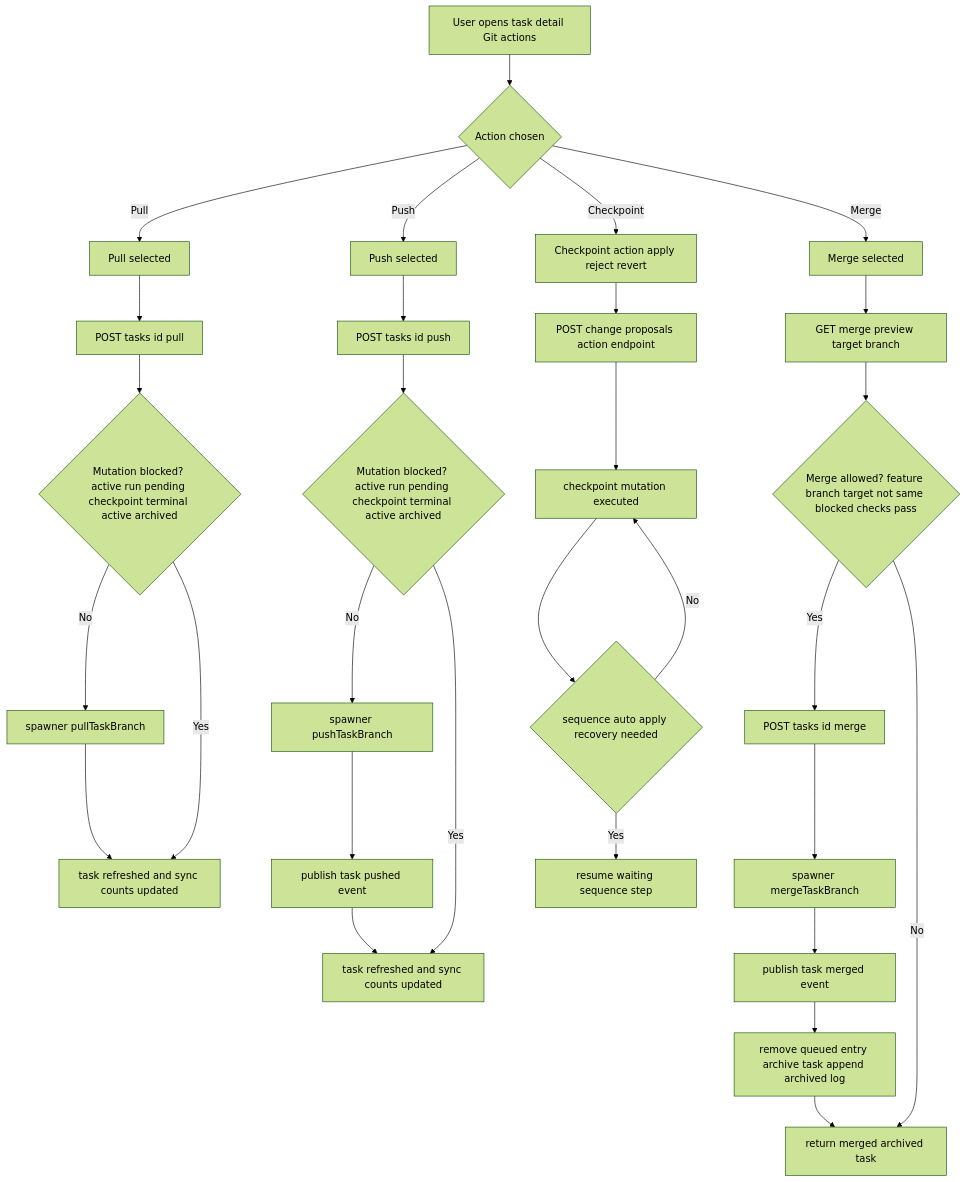
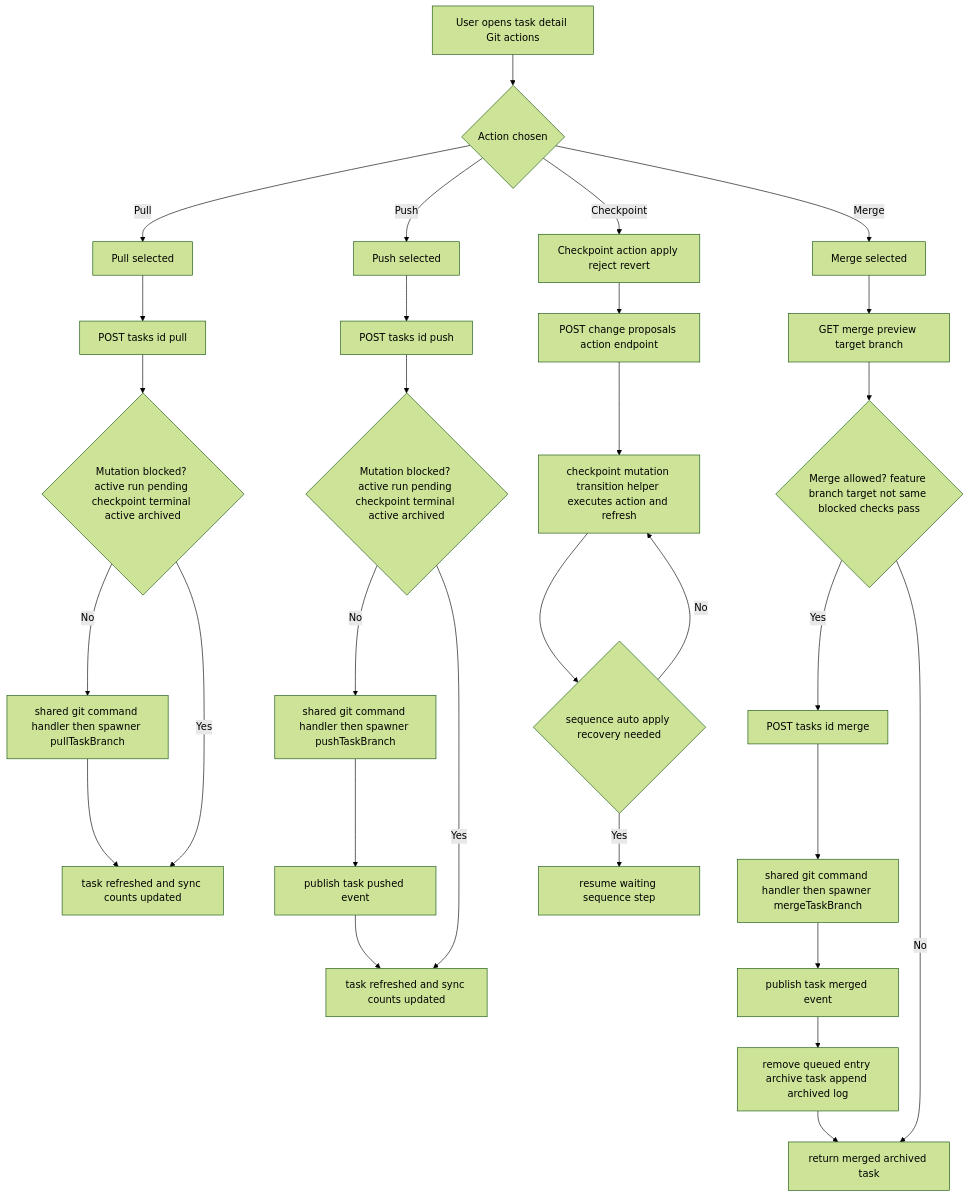
The third of 3 diagrams in docs/product/user-flows.md (coretracker/agentswarm), drawn with Mermaid (forest theme) before and after one commit. The commit also changed other lines of this file and 9 other files, not shown here.

Commit message:
Unify task action orchestration and lifecycle view models

````diff
--- a/docs/product/user-flows.md
+++ b/docs/product/user-flows.md
@@ -172,51 +172,51 @@
 ```mermaid
 flowchart TD
   G1[User opens task detail Git actions]
   G2{Action chosen}
 
   G3[Pull selected]
   G4[POST tasks id pull]
   G5{Mutation blocked? active run pending checkpoint terminal active archived}
-  G6[spawner pullTaskBranch]
+  G6[shared git command handler then spawner pullTaskBranch]
   G7[task refreshed and sync counts updated]
 
   G8[Push selected]
   G9[POST tasks id push]
   G10{Mutation blocked? active run pending checkpoint terminal active archived}
-  G11[spawner pushTaskBranch]
+  G11[shared git command handler then spawner pushTaskBranch]
   G12[publish task pushed event]
   G13[task refreshed and sync counts updated]
 
   G14[Merge selected]
   G15[GET merge preview target branch]
   G16{Merge allowed? feature branch target not same blocked checks pass}
   G17[POST tasks id merge]
-  G18[spawner mergeTaskBranch]
+  G18[shared git command handler then spawner mergeTaskBranch]
   G19[publish task merged event]
   G20[remove queued entry archive task append archived log]
   G21[return merged archived task]
 
   G22[Checkpoint action apply reject revert]
   G23[POST change proposals action endpoint]
-  G24[checkpoint mutation executed]
+  G24[checkpoint mutation transition helper executes action and refresh]
   G25{sequence auto apply recovery needed}
   G26[resume waiting sequence step]
 
   G1 --> G2
 
   G2 -- Pull --> G3 --> G4 --> G5
   G5 -- No --> G6 --> G7
   G5 -- Yes --> G7
 
   G2 -- Push --> G8 --> G9 --> G10
   G10 -- No --> G11 --> G12 --> G13
   G10 -- Yes --> G13
 
   G2 -- Merge --> G14 --> G15 --> G16
   G16 -- Yes --> G17 --> G18 --> G19 --> G20 --> G21
   G16 -- No --> G21
 
   G2 -- Checkpoint --> G22 --> G23 --> G24 --> G25
   G25 -- Yes --> G26
   G25 -- No --> G24
 ```
````
